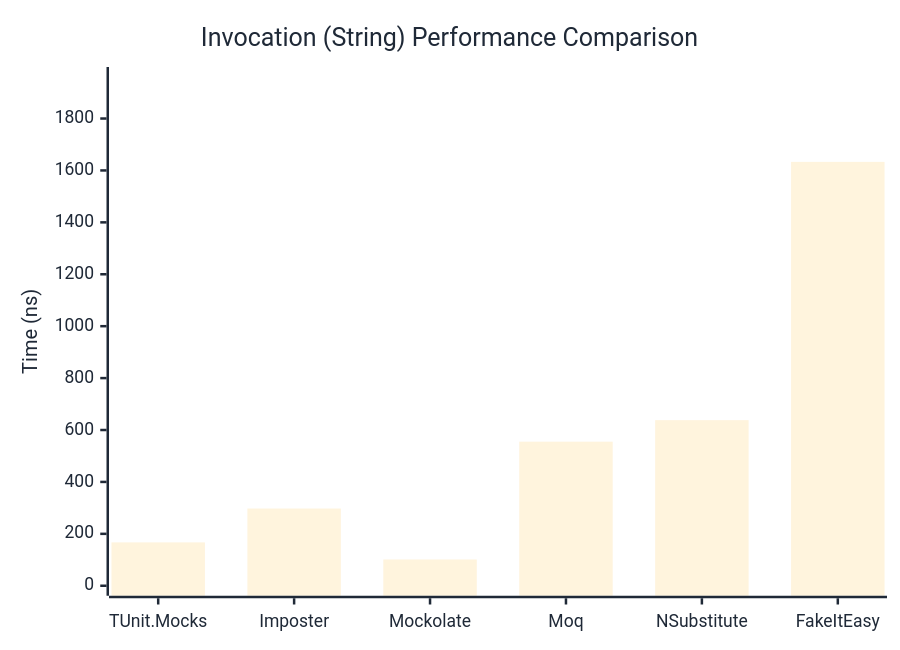
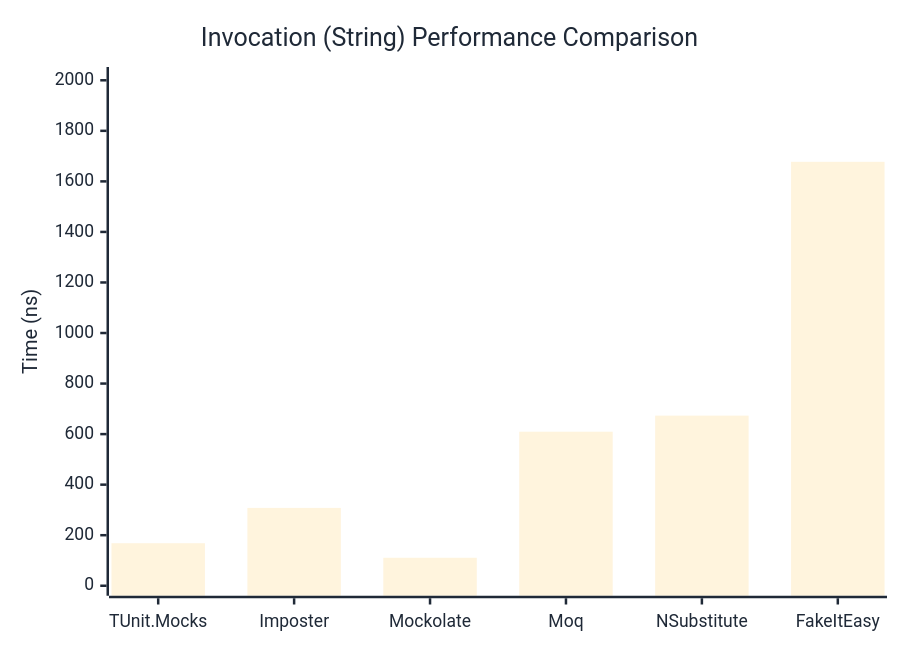
Before and after one commit to thomhurst/TUnit: the second of 3 diagrams in docs/docs/benchmarks/mocks/Invocation.md, drawn with Mermaid. The commit also changed other lines of this file and 14 other files, not shown here.

````diff
--- a/docs/docs/benchmarks/mocks/Invocation.md
+++ b/docs/docs/benchmarks/mocks/Invocation.md
@@ -71,27 +71,27 @@
 ```mermaid
 %%{init: {
   'theme':'base',
   'themeVariables': {
     'primaryColor': '#2563eb',
     'primaryTextColor': '#1f2937',
     'primaryBorderColor': '#1e40af',
     'lineColor': '#6b7280',
     'secondaryColor': '#7c3aed',
     'tertiaryColor': '#dc2626',
     'background': '#ffffff',
     'pie1': '#2563eb',
     'pie2': '#7c3aed',
     'pie3': '#dc2626',
     'pie4': '#f59e0b',
     'pie5': '#10b981',
     'pie6': '#06b6d4',
     'pie7': '#ec4899',
     'pie8': '#6366f1'
   }
 }}%%
 xychart-beta
   title "Invocation (String) Performance Comparison"
   x-axis ["TUnit.Mocks", "Imposter", "Mockolate", "Moq", "NSubstitute", "FakeItEasy"]
-  y-axis "Time (ns)" 0 --> 1960
-  bar [167, 297.5, 101.2, 555.1, 638, 1633]
+  y-axis "Time (ns)" 0 --> 2013
+  bar [168.3, 308, 110.7, 609.5, 673.2, 1677.4]
 ```
````
